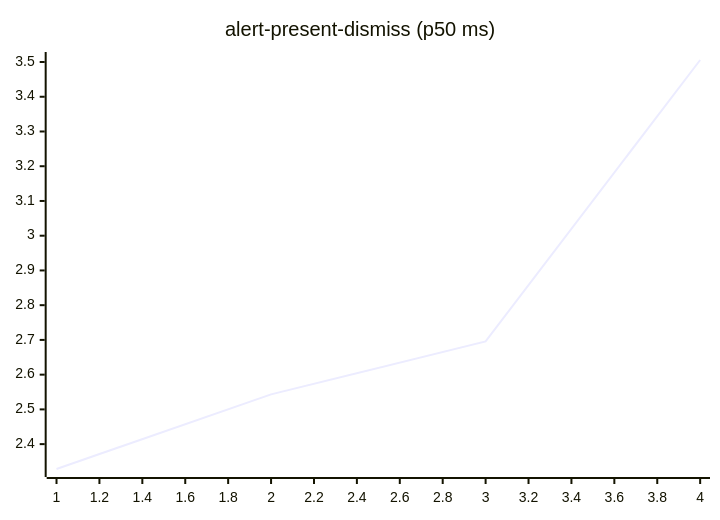
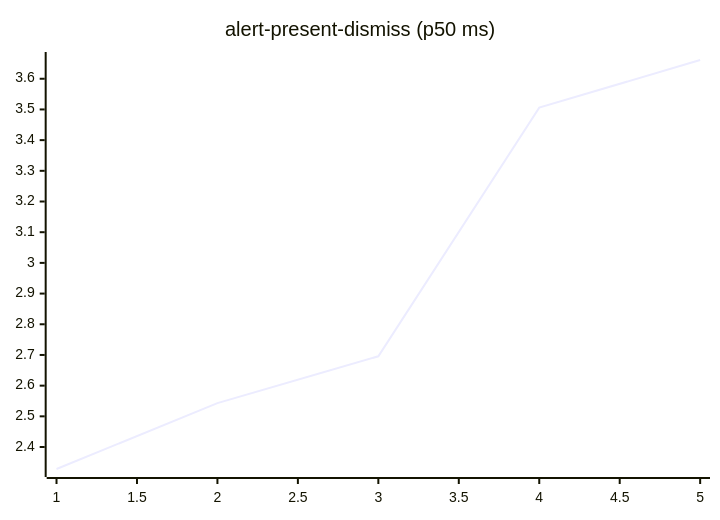
Before and after one commit to josha/Facet: the second of 27 diagrams in README.md, drawn with Mermaid. The commit also changed other lines of this file and 2 other files, not shown here.

````diff
--- a/README.md
+++ b/README.md
@@ -70,6 +70,6 @@
 ```mermaid
 xychart-beta
     title "alert-present-dismiss (p50 ms)"
-    x-axis 1 --> 4
-    line [2.3284, 2.5432, 2.6957, 3.5058]
+    x-axis 1 --> 5
+    line [2.3284, 2.5432, 2.6957, 3.5058, 3.6611]
 ```
````
